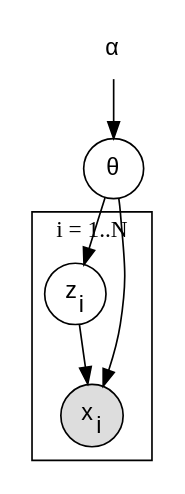
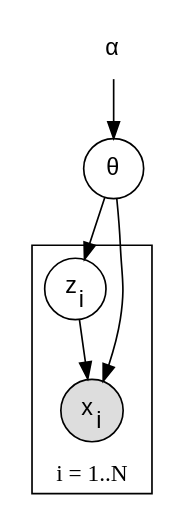
Before and after one commit to hchouTW/agentic-ai-skills: the diagram in academic-diagrams/templates/probabilistic-graphical-model.md, drawn with Graphviz. The commit also changed 9 other files, not shown here.

First line of the commit message:
academic-diagrams: venue widths, Haiku second sample, and fixes it found

````diff
--- a/academic-diagrams/templates/probabilistic-graphical-model.md
+++ b/academic-diagrams/templates/probabilistic-graphical-model.md
@@ -17,13 +17,13 @@
 ```dot
 digraph model {
     rankdir=TB; node [fontname="Helvetica", shape=circle];
     alpha [shape=plaintext, label=<&alpha;>];
     theta [label=<&theta;>];
     subgraph cluster_N {
-        label="i = 1..N"; labeljust=r;
+        label="i = 1..N"; labeljust=r; labelloc=b;
         z [label=<z<sub>i</sub>>];
         x [label=<x<sub>i</sub>>, style=filled, fillcolor="#dddddd"];
     }
     alpha -> theta; theta -> z; z -> x; theta -> x;
 }
 ```
````
